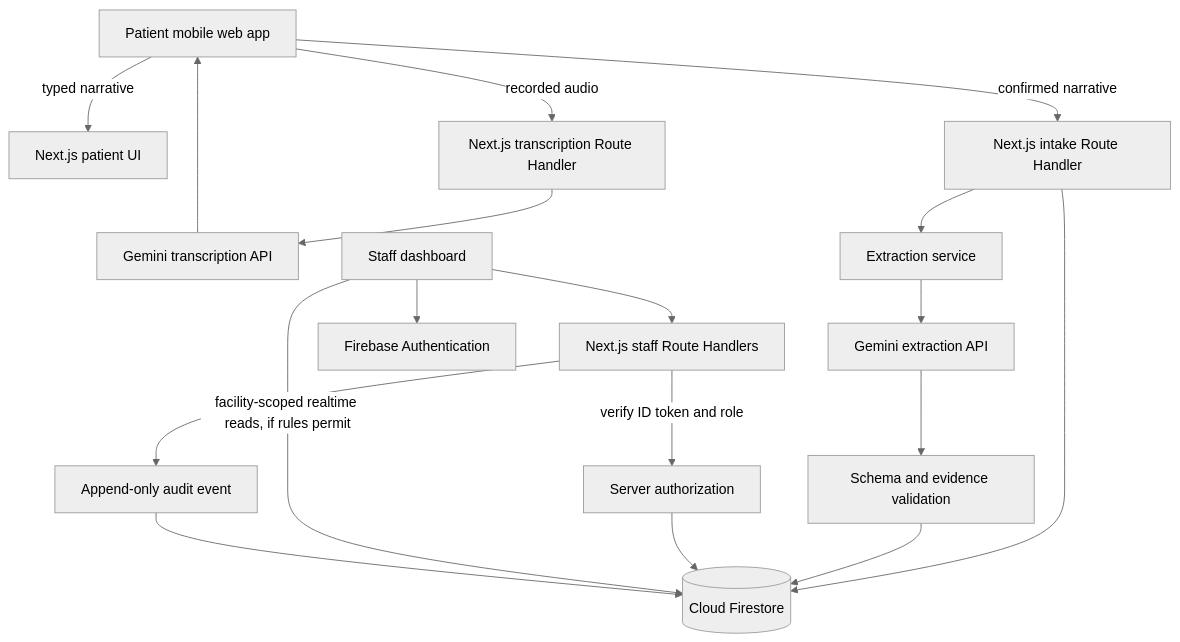
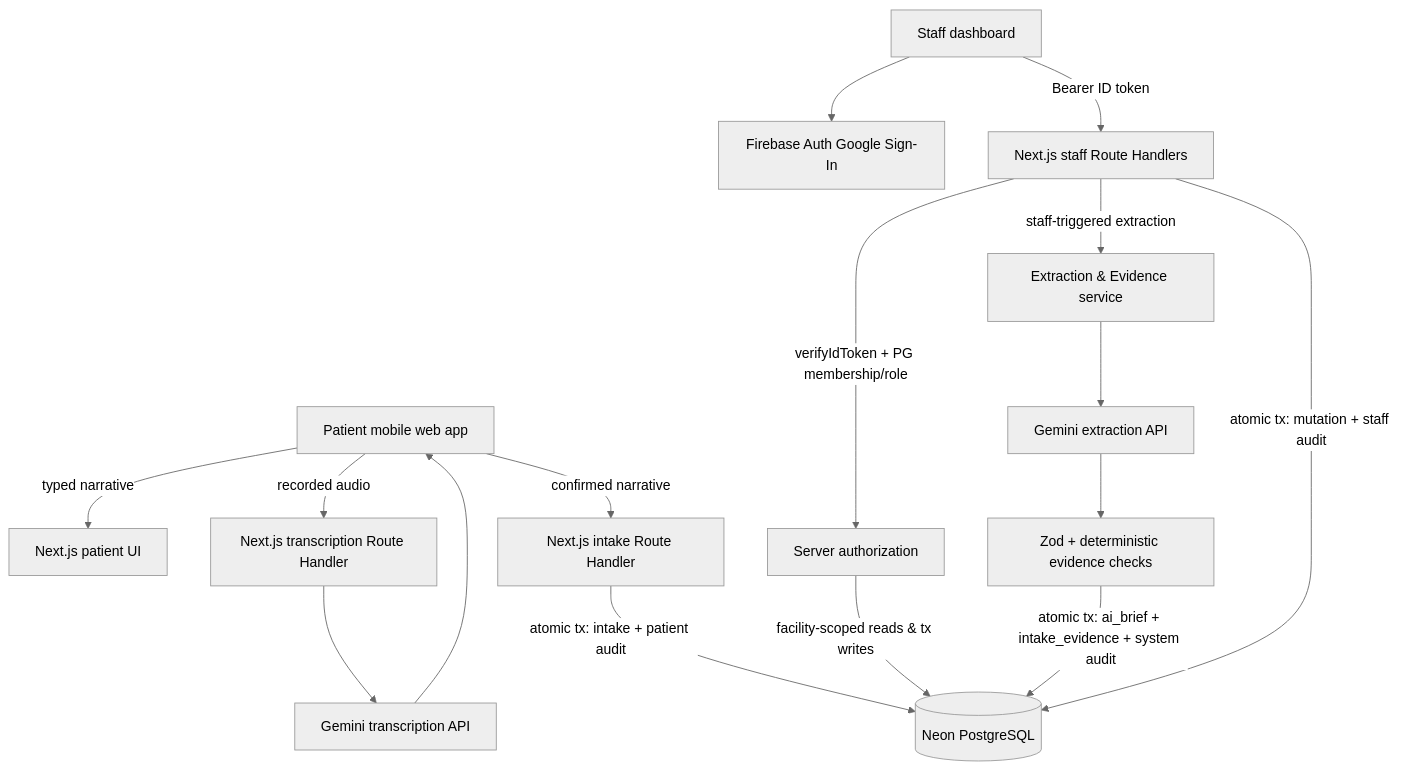
Before and after one commit to thecertifiedcoder/medflow: the diagram in docs/08_TECHNICAL_ARCHITECTURE.md, drawn with Mermaid (neutral theme). The commit also changed other lines of this file and 32 other files, not shown here.

First line of the commit message:
feat: implement Neon PostgreSQL foundation (ADR D-020)

````diff
--- a/docs/08_TECHNICAL_ARCHITECTURE.md
+++ b/docs/08_TECHNICAL_ARCHITECTURE.md
@@ -110,20 +112,18 @@
 ```mermaid
 flowchart TD
   P[Patient mobile web app] -->|typed narrative| NR[Next.js patient UI]
   P -->|recorded audio| TR[Next.js transcription Route Handler]
   TR --> GA[Gemini transcription API]
   GA --> P
   P -->|confirmed narrative| IR[Next.js intake Route Handler]
-  IR --> FS[(Cloud Firestore)]
-  IR --> ER[Extraction service]
+  IR -->|atomic tx: intake + patient audit| PG[(Neon PostgreSQL)]
+  S[Staff dashboard] --> FA[Firebase Auth Google Sign-In]
+  S -->|Bearer ID token| SR[Next.js staff Route Handlers]
+  SR -->|verifyIdToken + PG membership/role| AU[Server authorization]
+  AU -->|facility-scoped reads & tx writes| PG
+  SR -->|staff-triggered extraction| ER[Extraction & Evidence service]
   ER --> GM[Gemini extraction API]
-  GM --> EV[Schema and evidence validation]
-  EV --> FS
-  S[Staff dashboard] --> FA[Firebase Authentication]
-  S --> SR[Next.js staff Route Handlers]
-  SR -->|verify ID token and role| AU[Server authorization]
-  AU --> FS
-  S -->|facility-scoped realtime reads, if rules permit| FS
-  SR --> AE[Append-only audit event]
-  AE --> FS
+  GM --> EV[Zod + deterministic evidence checks]
+  EV -->|atomic tx: ai_brief + intake_evidence + system audit| PG
+  SR -->|atomic tx: mutation + staff audit| PG
 ```
````
